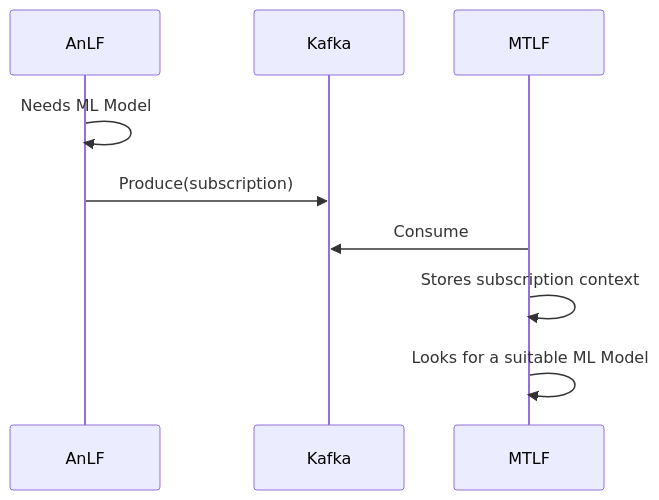
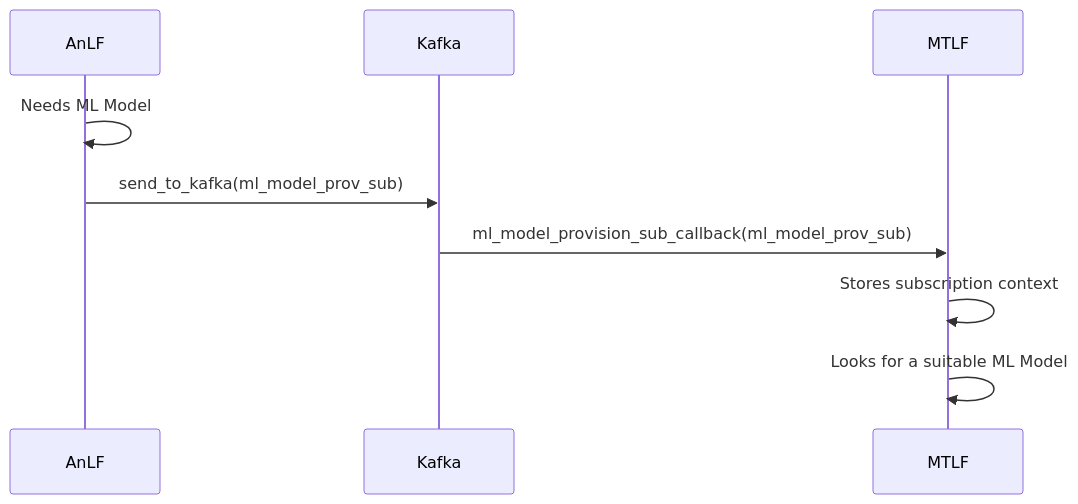
The fifth of 6 diagrams in docs/Kafka_Topics_Specification.md (merce-fra/5G-NWDAF), drawn with Mermaid before and after one commit. The commit also changed other lines of this file and 6 other files, not shown here.

````diff
--- a/docs/Kafka_Topics_Specification.md
+++ b/docs/Kafka_Topics_Specification.md
@@ -177,11 +176,11 @@
 ```mermaid
 sequenceDiagram
     participant AN as AnLF
     participant K as Kafka
     participant MT as MTLF
     AN ->> AN: Needs ML Model
-    AN ->> K: Produce(subscription)
-    MT ->> K: Consume
+    AN ->> K: send_to_kafka(ml_model_prov_sub)
+    K ->> MT: ml_model_provision_sub_callback(ml_model_prov_sub)
     MT ->> MT: Stores subscription context
     MT ->> MT: Looks for a suitable ML Model
 ```
````
